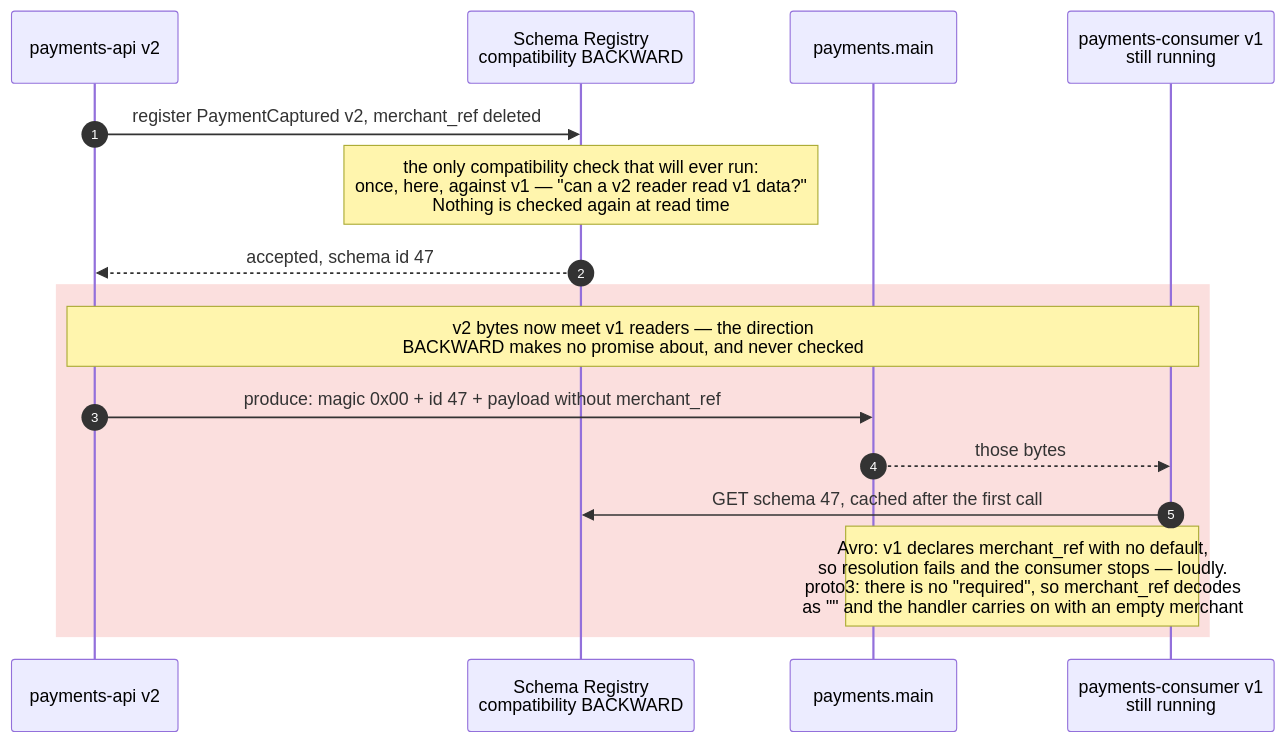
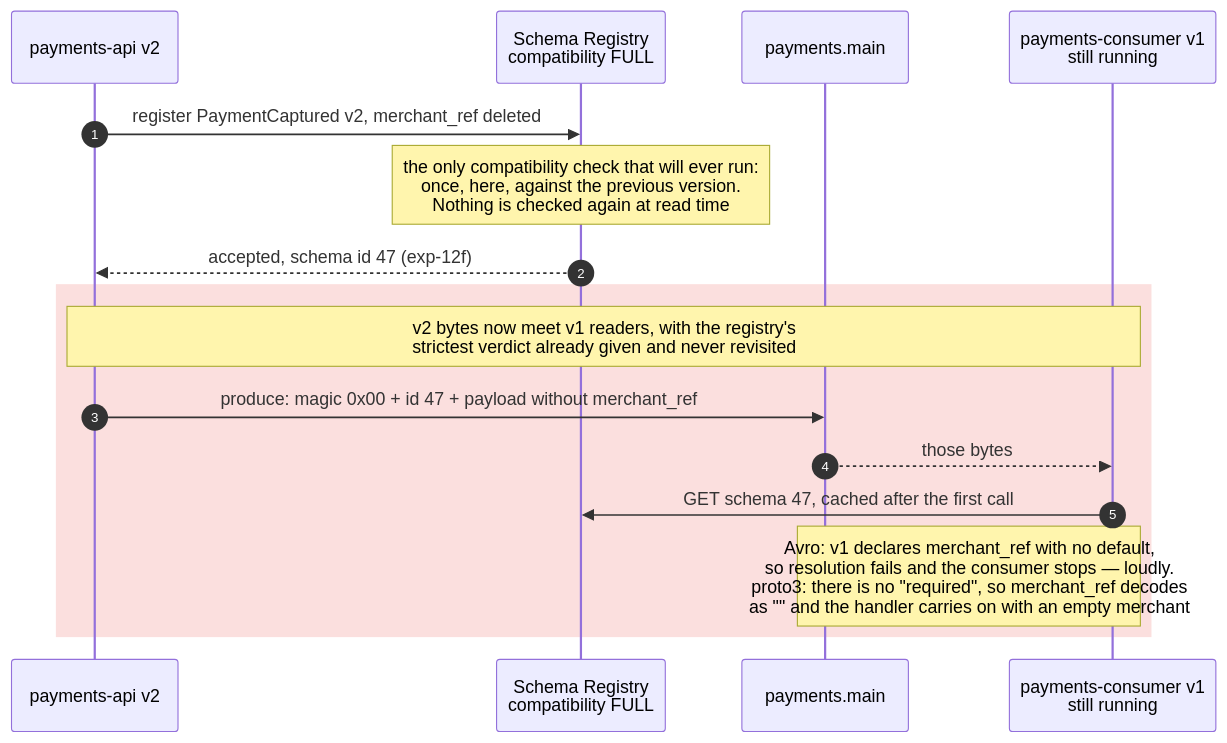
The first of 3 diagrams in docs/static/09-schema-evolution.md (DmytroLysenko1/Kafka-lab), drawn with Mermaid before and after one commit. The commit also changed other lines of this file and 30 other files, not shown here.

````diff
--- a/docs/static/09-schema-evolution.md
+++ b/docs/static/09-schema-evolution.md
@@ -16,20 +22,20 @@
 ```mermaid
 sequenceDiagram
     autonumber
     participant P as payments-api v2
-    participant SR as Schema Registry<br/>compatibility BACKWARD
+    participant SR as Schema Registry<br/>compatibility FULL
     participant T as payments.main
     participant C1 as payments-consumer v1<br/>still running
 
     P->>SR: register PaymentCaptured v2, merchant_ref deleted
-    Note over SR: the only compatibility check that will ever run:<br/>once, here, against v1 — "can a v2 reader read v1 data?"<br/>Nothing is checked again at read time
-    SR-->>P: accepted, schema id 47
+    Note over SR: the only compatibility check that will ever run:<br/>once, here, against the previous version.<br/>Nothing is checked again at read time
+    SR-->>P: accepted, schema id 47 (exp-12f)
 
     rect rgba(229, 57, 53, 0.16)
-        Note over P,C1: v2 bytes now meet v1 readers — the direction<br/>BACKWARD makes no promise about, and never checked
+        Note over P,C1: v2 bytes now meet v1 readers, with the registry's<br/>strictest verdict already given and never revisited
         P->>T: produce: magic 0x00 + id 47 + payload without merchant_ref
         T-->>C1: those bytes
         C1->>SR: GET schema 47, cached after the first call
         Note over T,C1: Avro: v1 declares merchant_ref with no default,<br/>so resolution fails and the consumer stops — loudly.<br/>proto3: there is no "required", so merchant_ref decodes<br/>as "" and the handler carries on with an empty merchant
     end
 ```
````
